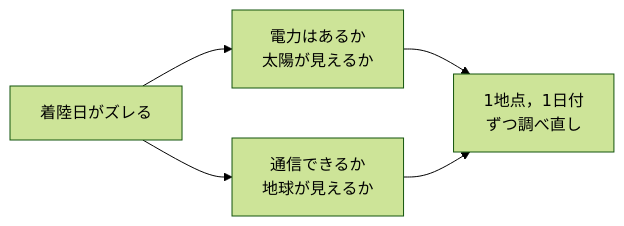
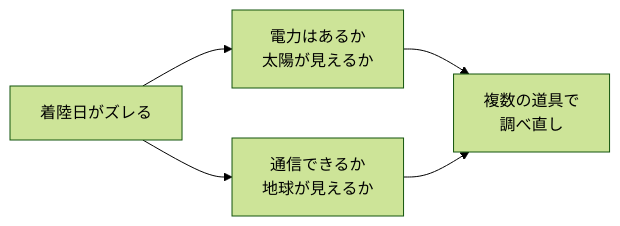
One commit to Atamol/Skimline changed the first of 2 diagrams in slides/slides.md. Above: the diagram before and after it, drawn with Mermaid (forest theme). The commit also changed other lines of this file and 3 other files, not shown here.

````diff
--- a/slides/slides.md
+++ b/slides/slides.md
@@ -20,7 +20,7 @@
 ```mermaid {theme: 'dark', scale: 0.95}
 flowchart LR
   A[着陸日がズレる] --> B[電力はあるか<br>太陽が見えるか]
   A --> C[通信できるか<br>地球が見えるか]
-  B --> D[1地点，1日付<br>ずつ調べ直し]
+  B --> D[複数の道具で<br>調べ直し]
   C --> D
 ```
````
